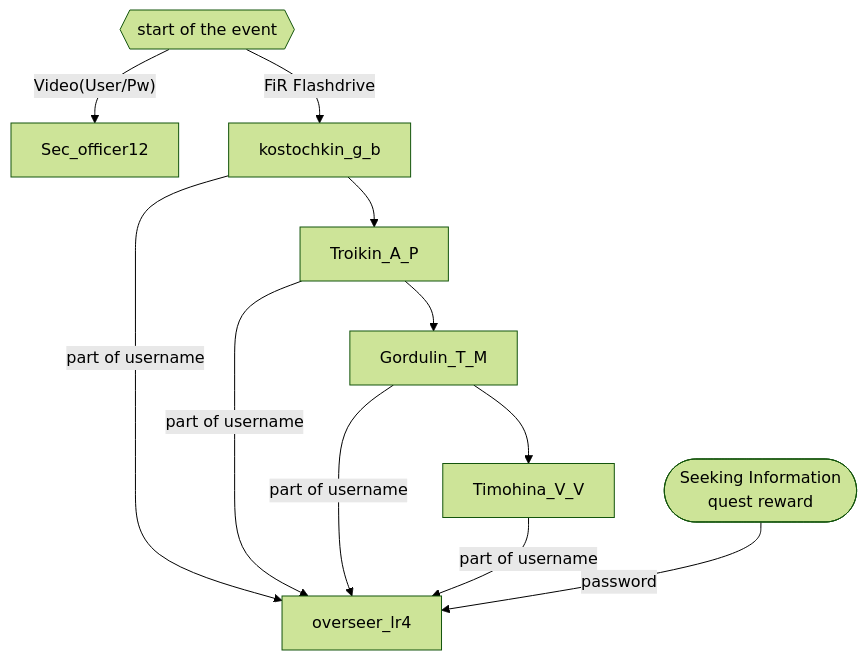
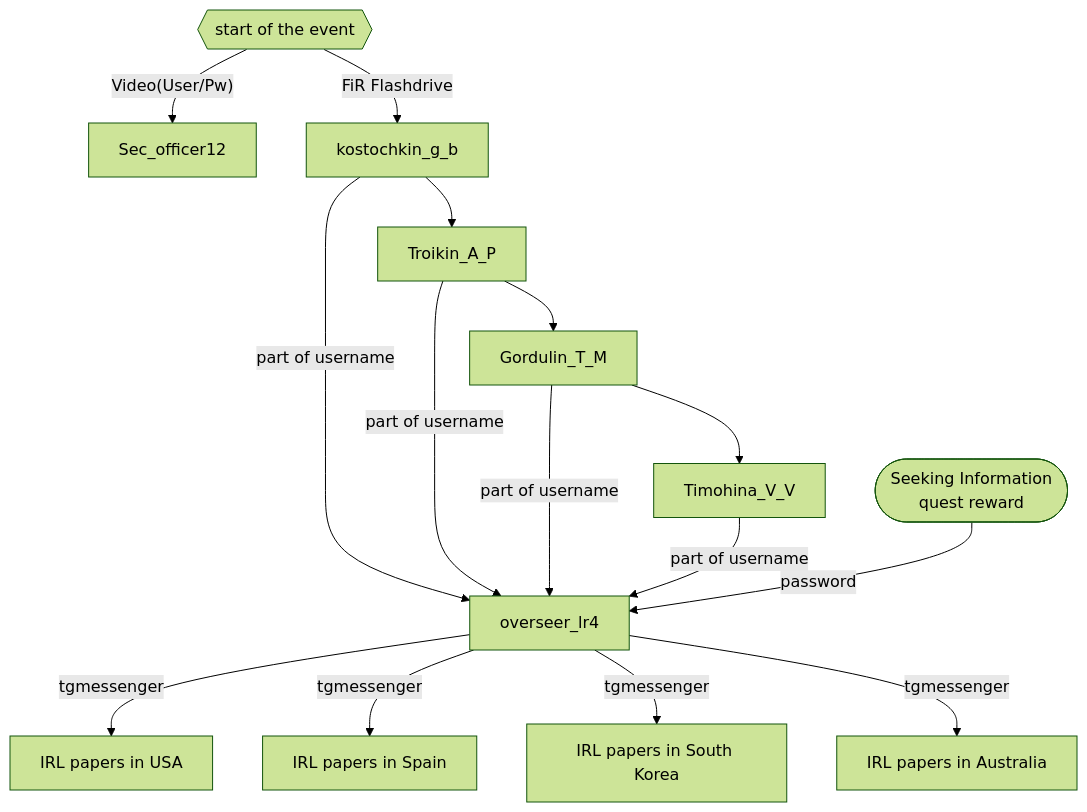
Before and after one commit to 3ncy/ARRS-s6: the diagram in README.md, drawn with Mermaid (forest theme). The commit also changed other lines of this file, not shown here.

Commit message:
Update README.md add irl stuff

````diff
--- a/README.md
+++ b/README.md
@@ -13,14 +13,18 @@
 ```mermaid
 graph TD;
     start{{start of the event}} --Video(User/Pw)--> Sec_officer12;
     start{{start of the event}} --FiR Flashdrive--> kostochkin_g_b;
     kostochkin_g_b --> Troikin_A_P;
     Troikin_A_P --> Gordulin_T_M;
     Gordulin_T_M --> Timohina_V_V;
     kostochkin_g_b --part of username--> overseer_lr4;
     Troikin_A_P --part of username--> overseer_lr4;
     Gordulin_T_M --part of username--> overseer_lr4;
     Timohina_V_V --part of username--> overseer_lr4;
     seekingInfoQuest(["Seeking Information
 quest reward"]) --password--> overseer_lr4;
+    overseer_lr4 --tgmessenger-->irl-usa[IRL papers in USA];
+    overseer_lr4 --tgmessenger-->irl-spain[IRL papers in Spain];
+    overseer_lr4 --tgmessenger-->irl-korea[IRL papers in South Korea];
+    overseer_lr4 --tgmessenger-->irl-australia[IRL papers in Australia];
 ```
````
